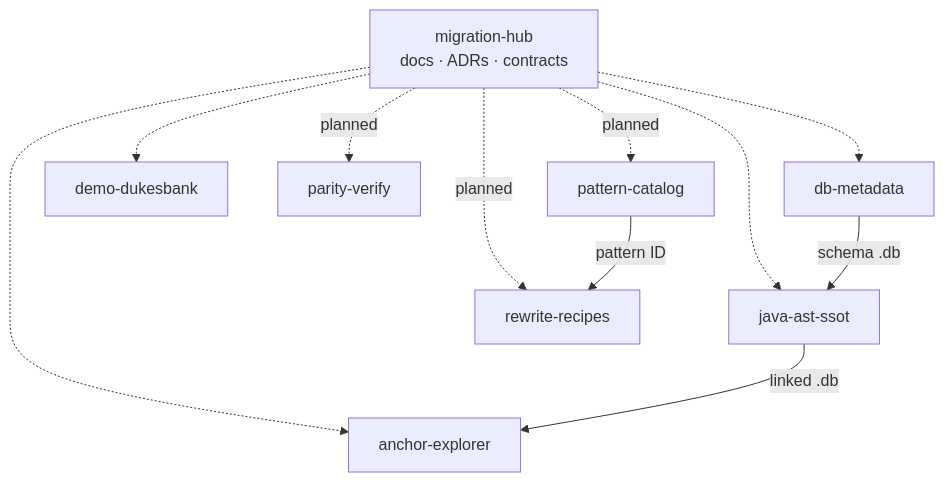
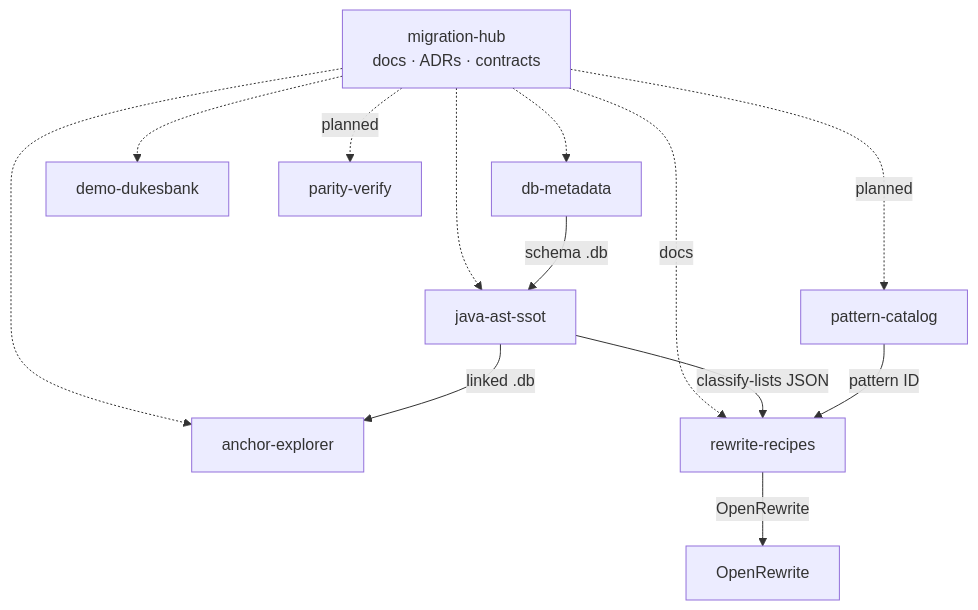
The third of 4 diagrams in docs/ARCHITECTURE.md (anchor-migration/migration-hub), drawn with Mermaid before and after one commit. The commit also changed other lines of this file and 6 other files, not shown here.

````diff
--- a/docs/ARCHITECTURE.md
+++ b/docs/ARCHITECTURE.md
@@ -123,26 +123,28 @@
 ```mermaid
 flowchart TB
   HUB["migration-hub<br/>docs · ADRs · contracts"]
 
   HUB -.-> DM
   HUB -.-> JA
   HUB -.-> AE
   HUB -.-> DEMO
 
   DM[db-metadata]
   JA[java-ast-ssot]
   AE[anchor-explorer]
   DEMO[demo-dukesbank]
 
   RR[rewrite-recipes]
   PV[parity-verify]
   PC[pattern-catalog]
 
-  HUB -.->|"planned"| RR
+  HUB -.->|"docs"| RR
   HUB -.->|"planned"| PV
   HUB -.->|"planned"| PC
 
   DM -->|"schema .db"| JA
   JA -->|"linked .db"| AE
+  JA -->|"classify-lists JSON"| RR
+  RR -->|"OpenRewrite"| ORW[OpenRewrite]
   PC -->|"pattern ID"| RR
 ```
````
